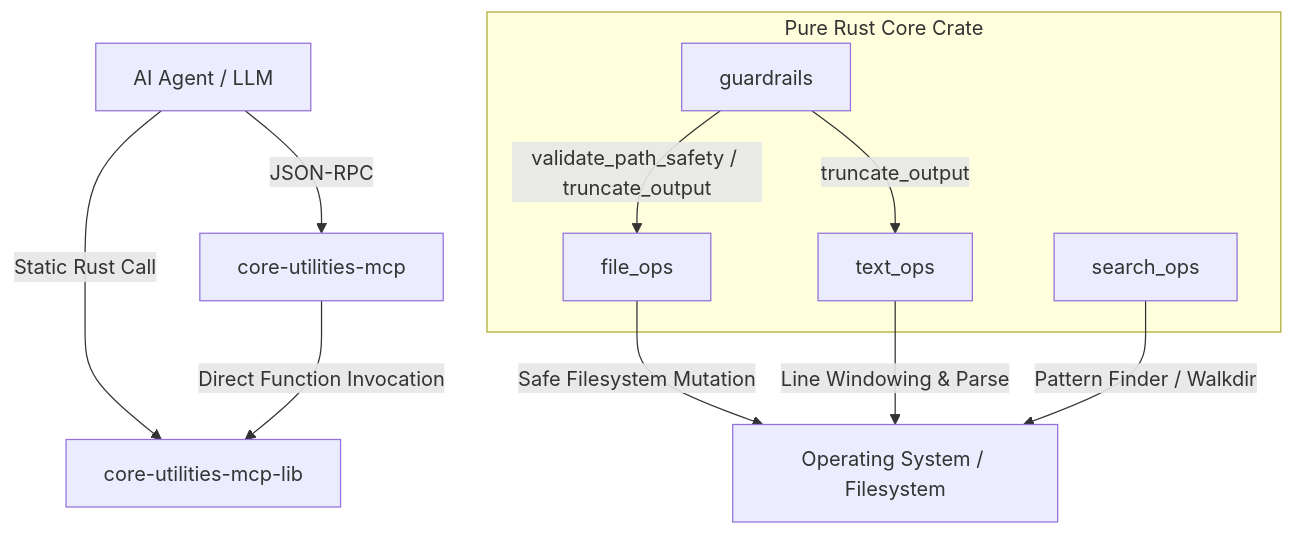
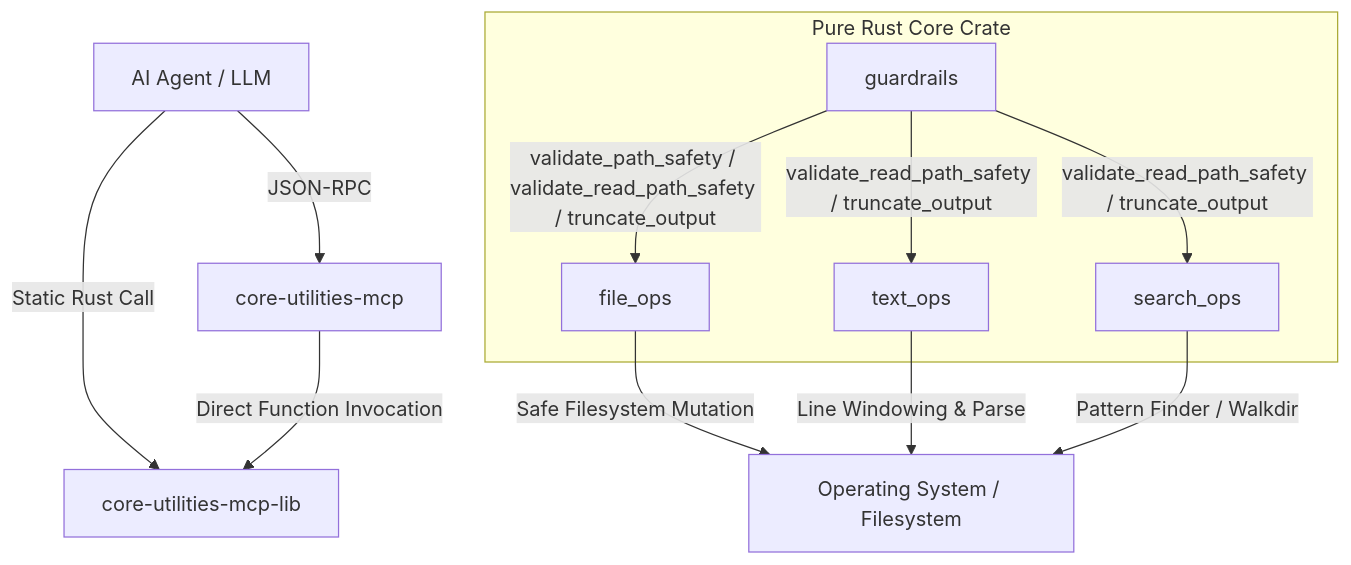
The diagram in ARCHITECTURE.md (akahmys/core-utilities-mcp), drawn with Mermaid before and after one commit. The commit also changed other lines of this file and 2 other files, not shown here.

Commit message:
Sync README/ARCHITECTURE docs with the validate_read_path_safety split
Both docs still described path safety as one uniform check that always
rejects ".", which is the misconception the previous commit's code fix
addressed — now stale in the docs themselves. Documents the two
validators separately (mutation guard still rejects "." in any
lexically-equivalent spelling; read-only tools permit it), corrects
ARCHITECTURE.md's claim that the check is done "string-by-string", and
fixes the Mermaid dependency diagram (missing validate_read_path_safety,
and a pre-existing gap where search_ops was never shown depending on
guardrails at all).

````diff
--- a/ARCHITECTURE.md
+++ b/ARCHITECTURE.md
@@ -34,16 +34,16 @@
 ```mermaid
 graph TD
     AI[AI Agent / LLM] -->|JSON-RPC| MCP[core-utilities-mcp]
     AI -->|Static Rust Call| LIB[core-utilities-mcp-lib]
     MCP -->|Direct Function Invocation| LIB
     
     subgraph core-utilities-mcp-lib [Pure Rust Core Crate]
-        G[guardrails] -->|validate_path_safety / truncate_output| F[file_ops]
-        G -->|truncate_output| T[text_ops]
-        S[search_ops]
+        G[guardrails] -->|validate_path_safety / validate_read_path_safety / truncate_output| F[file_ops]
+        G -->|validate_read_path_safety / truncate_output| T[text_ops]
+        G -->|validate_read_path_safety / truncate_output| S[search_ops]
     end
     
     F -->|Safe Filesystem Mutation| OS[Operating System / Filesystem]
     T -->|Line Windowing & Parse| OS
     S -->|Pattern Finder / Walkdir| OS
 ```
````
